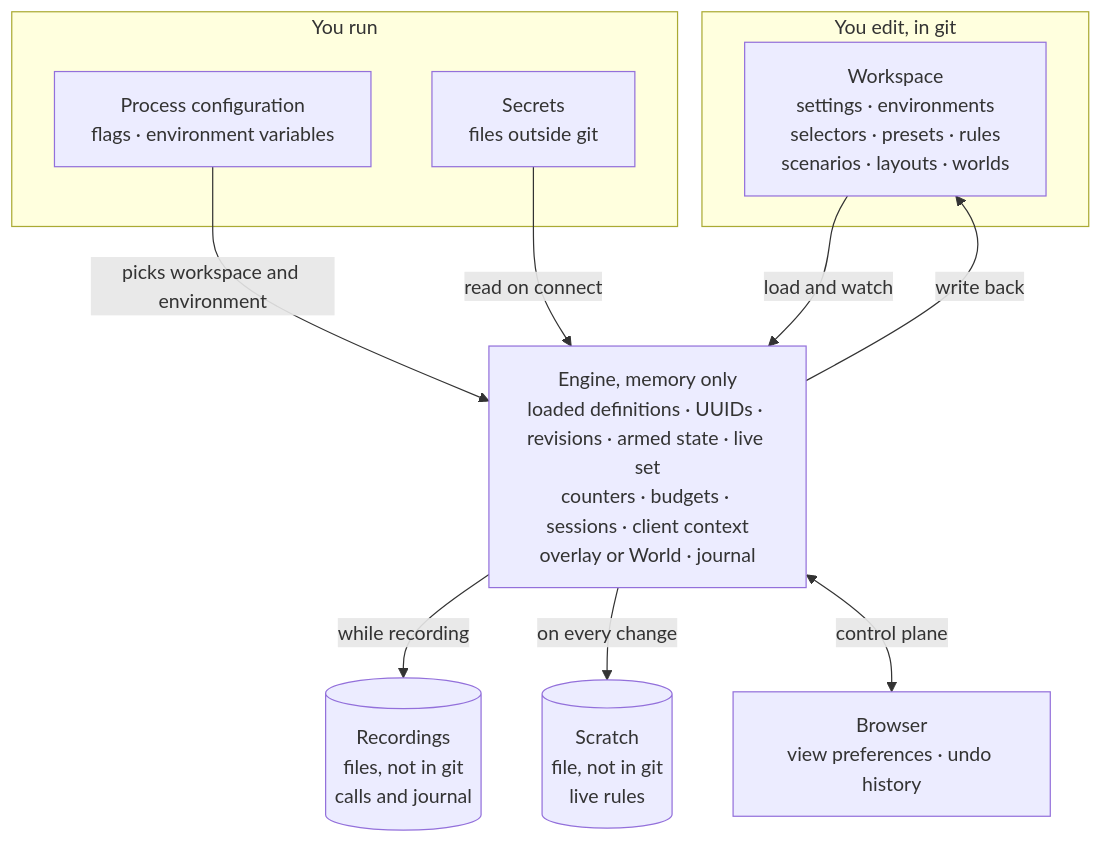
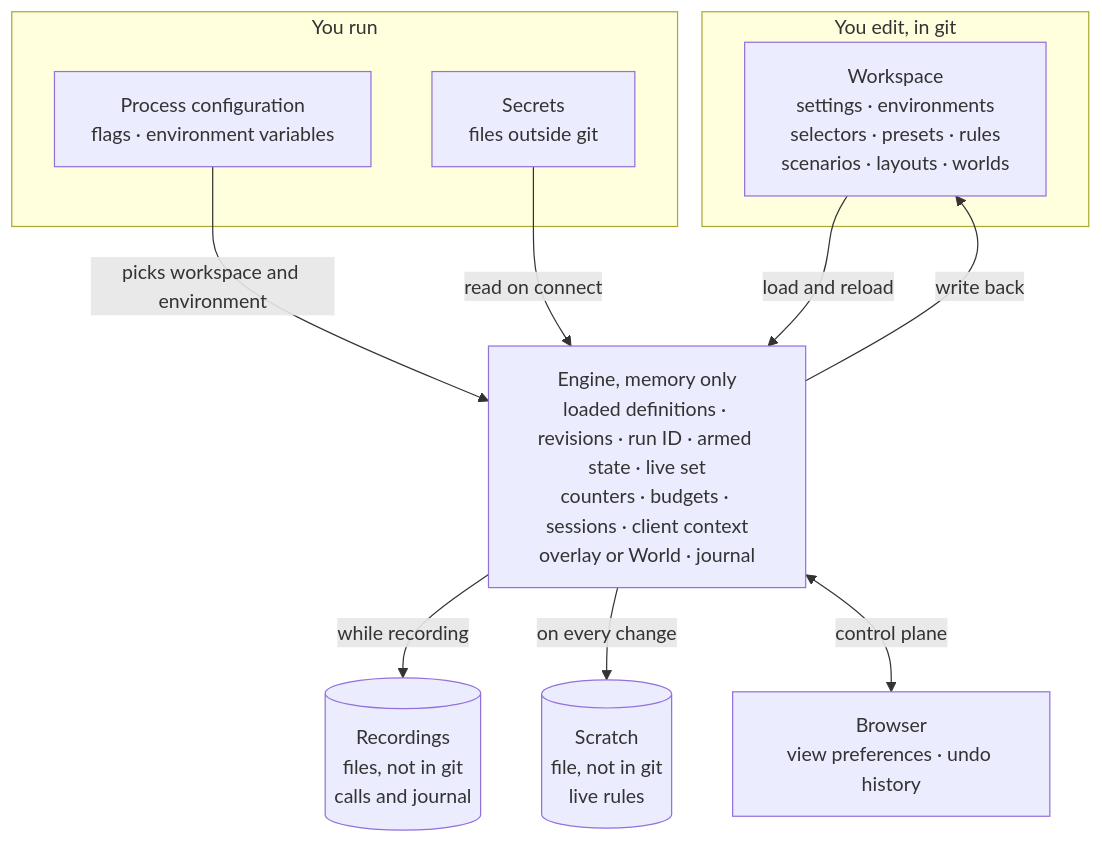
The diagram in docs/specs/architecture/storage.md (cruxy-eu/gaslightmq), drawn with Mermaid before and after one commit. The commit also changed other lines of this file and 12 other files, not shown here.

First line of the commit message:
docs(specs): one revision counter for the process, a run ID, a check before every write, a reload instead of watching, and no UUID (#77)

````diff
--- a/docs/specs/architecture/storage.md
+++ b/docs/specs/architecture/storage.md
@@ -7,24 +7,24 @@
 ```mermaid
 flowchart TB
   subgraph you["You edit, in git"]
     WS["Workspace<br/>settings · environments<br/>selectors · presets · rules<br/>scenarios · layouts · worlds"]
   end
   subgraph run["You run"]
     PC["Process configuration<br/>flags · environment variables"]
     SE["Secrets<br/>files outside git"]
   end
 
-  EN["Engine, memory only<br/>loaded definitions · UUIDs · revisions · armed state · live set<br/>counters · budgets · sessions · client context<br/>overlay or World · journal"]
+  EN["Engine, memory only<br/>loaded definitions · revisions · run ID · armed state · live set<br/>counters · budgets · sessions · client context<br/>overlay or World · journal"]
 
   REC[("Recordings<br/>files, not in git<br/>calls and journal")]
   SCR[("Scratch<br/>file, not in git<br/>live rules")]
   BR["Browser<br/>view preferences · undo history"]
 
-  WS -->|load and watch| EN
+  WS -->|load and reload| EN
   EN -->|write back| WS
   PC -->|picks workspace and environment| EN
   SE -->|read on connect| EN
   EN -->|while recording| REC
   EN -->|on every change| SCR
   EN <-->|control plane| BR
 ```
````
